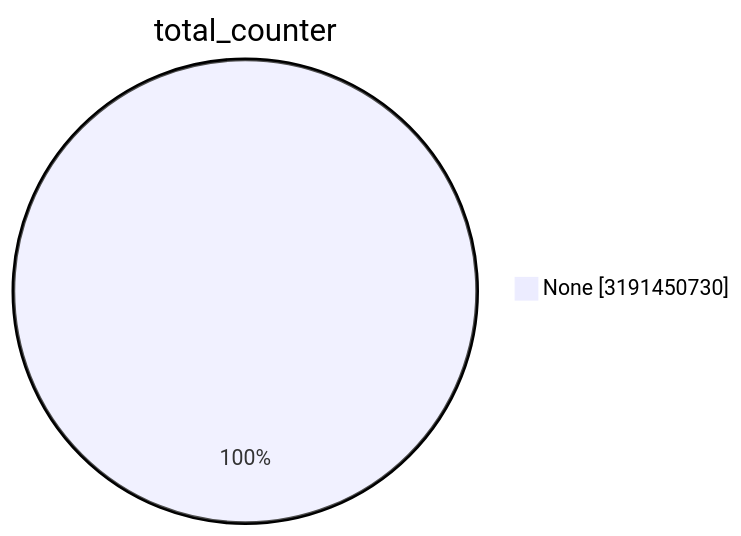
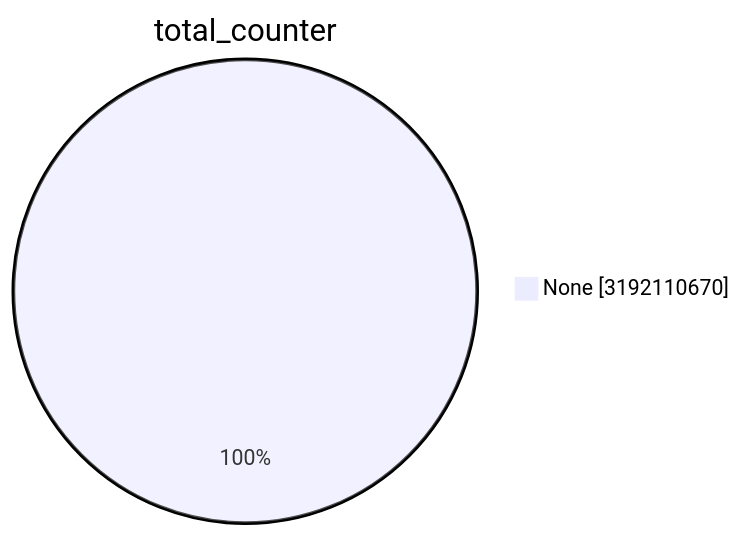
One commit to christiankrug/ctmonitor_visualization changed the first of 15 diagrams in TOTAL/README.md. Above: the diagram before and after it, drawn with Mermaid. The commit also changed other lines of this file, not shown here.

````diff
--- a/TOTAL/README.md
+++ b/TOTAL/README.md
@@ -1,5 +1,5 @@
 ```mermaid
 pie showData
 title total_counter
-"None" :3191450730
+"None" :3192110670
 ```
````
